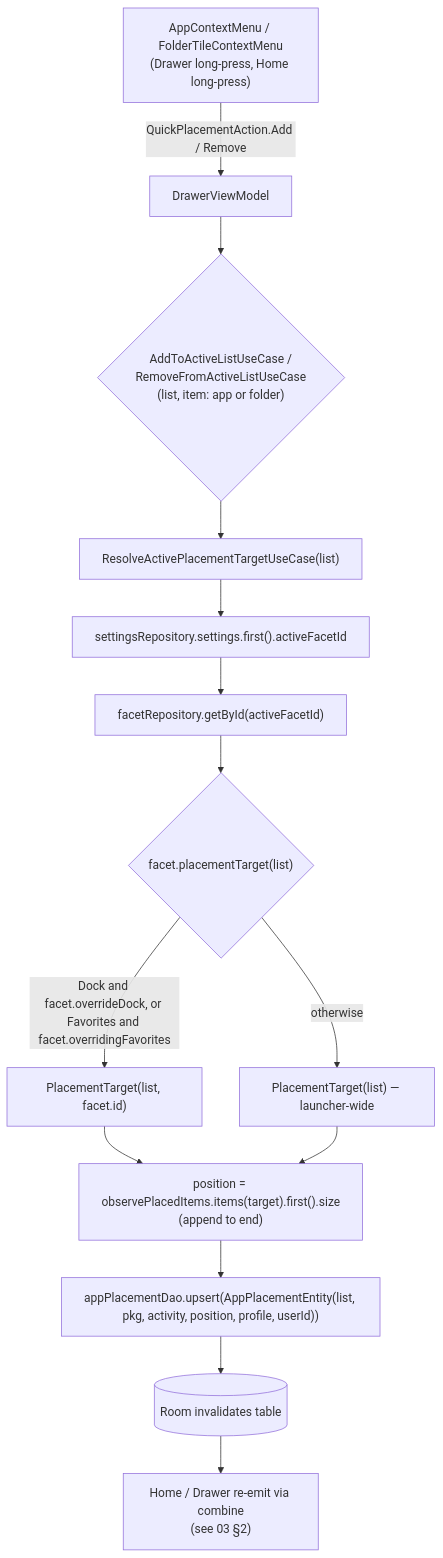
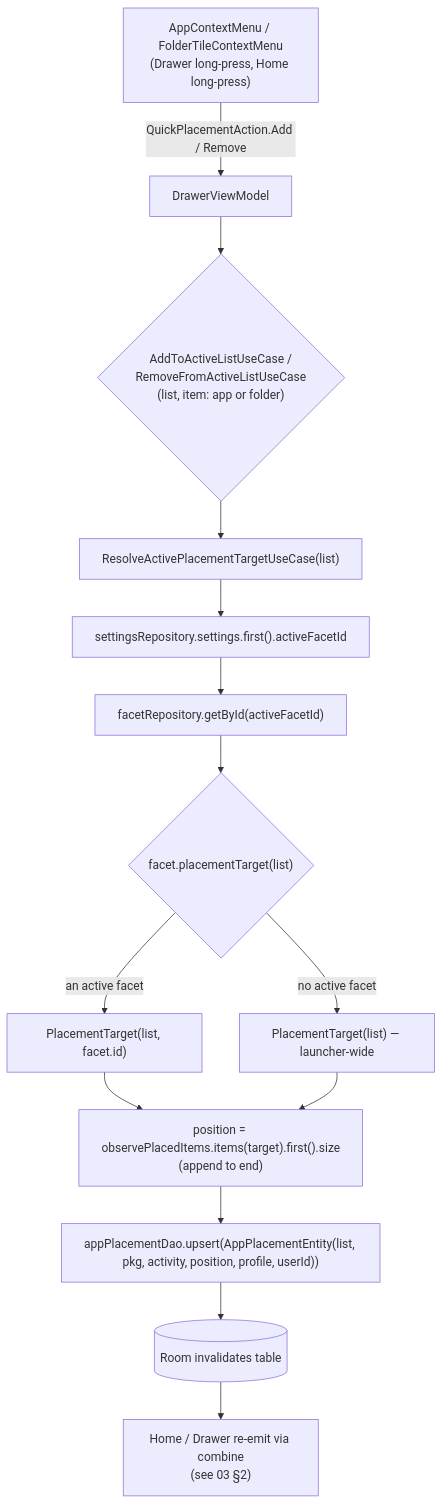
One commit to rohitganjam/facet-launcher changed the first of 3 diagrams in docs/architecture/08-flow-placements.md. Above: the diagram before and after it, drawn with Mermaid. The commit also changed other lines of this file and 85 other files, not shown here.

First line of the commit message:
Facets own their dock, favorites and look; the launcher defaults only seed

````diff
--- a/docs/architecture/08-flow-placements.md
+++ b/docs/architecture/08-flow-placements.md
@@ -14,15 +13,15 @@
 ```mermaid
 flowchart TB
     UI["AppContextMenu / FolderTileContextMenu\n(Drawer long-press, Home long-press)"] -- "QuickPlacementAction.Add / Remove" --> DVM[DrawerViewModel]
     DVM --> UC{"AddToActiveListUseCase /\nRemoveFromActiveListUseCase\n(list, item: app or folder)"}
     UC --> RT["ResolveActivePlacementTargetUseCase(list)"]
     RT --> S["settingsRepository.settings.first().activeFacetId"]
     S --> F["facetRepository.getById(activeFacetId)"]
     F --> D{"facet.placementTarget(list)"}
-    D -- "Dock and facet.overrideDock, or Favorites and facet.overridingFavorites" --> T1["PlacementTarget(list, facet.id)"]
-    D -- "otherwise" --> T2["PlacementTarget(list) — launcher-wide"]
+    D -- "an active facet" --> T1["PlacementTarget(list, facet.id)"]
+    D -- "no active facet" --> T2["PlacementTarget(list) — launcher-wide"]
     T1 & T2 --> POS["position = observePlacedItems.items(target).first().size\n(append to end)"]
     POS --> DAO["appPlacementDao.upsert(AppPlacementEntity(list, pkg, activity, position, profile, userId))"]
     DAO --> ROOM[(Room invalidates table)]
     ROOM --> HOME["Home / Drawer re-emit via combine\n(see 03 §2)"]
 ```
````
